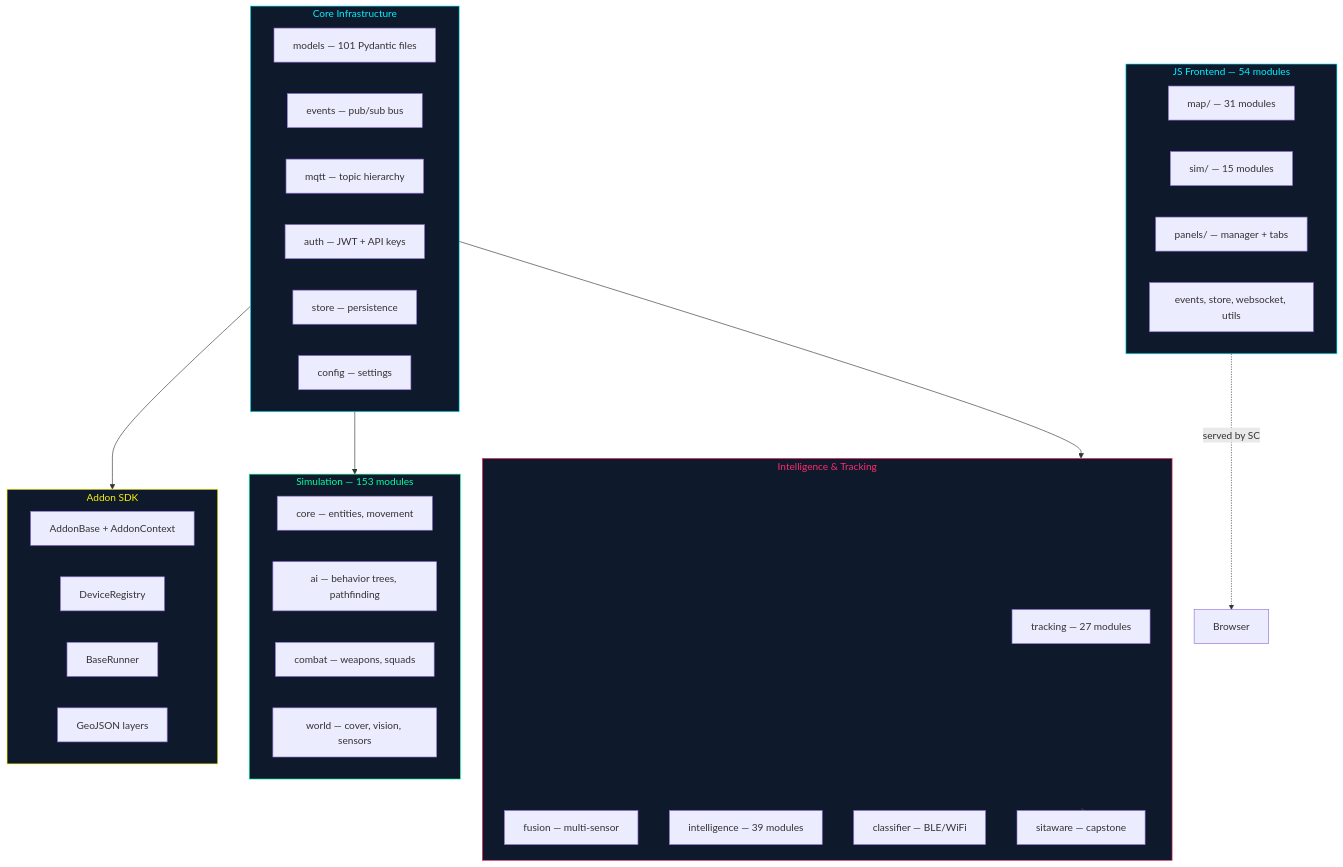
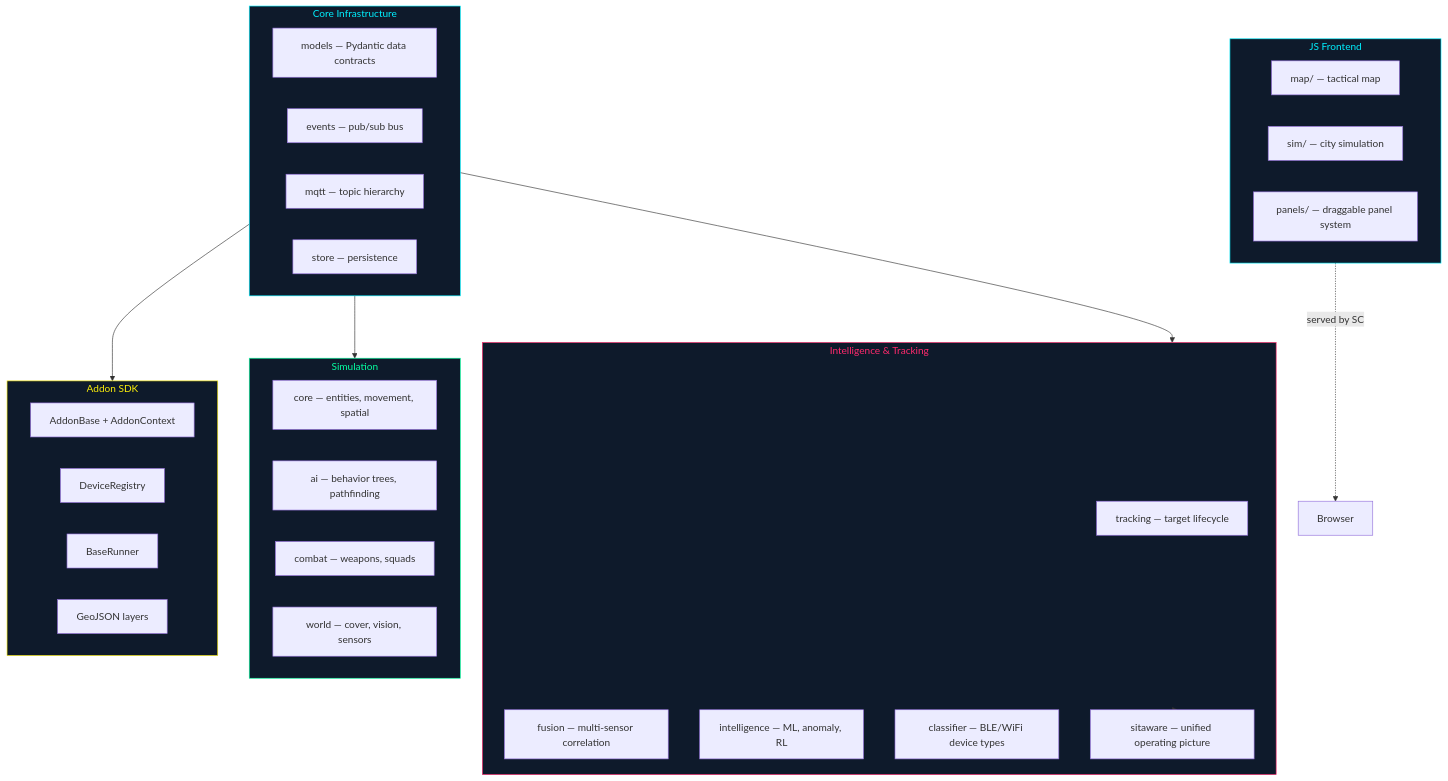
Before and after one commit to Valpatel/tritium-lib: the diagram in README.md, drawn with Mermaid. The commit also changed other lines of this file and 1 other file, not shown here.

````diff
--- a/README.md
+++ b/README.md
@@ -11,52 +11,49 @@
 ```mermaid
 graph TB
     subgraph Core["Core Infrastructure"]
-        models[models — 101 Pydantic files]
-        events[events — pub/sub bus]
-        mqtt[mqtt — topic hierarchy]
-        auth[auth — JWT + API keys]
-        store[store — persistence]
-        config[config — settings]
+        models["models — Pydantic data contracts"]
+        events["events — pub/sub bus"]
+        mqtt["mqtt — topic hierarchy"]
+        store["store — persistence"]
     end
 
     subgraph Intelligence["Intelligence & Tracking"]
-        tracking[tracking — 27 modules]
-        fusion[fusion — multi-sensor]
-        intelligence[intelligence — 39 modules]
-        classifier[classifier — BLE/WiFi]
-        sitaware[sitaware — capstone]
+        tracking["tracking — target lifecycle"]
+        fusion["fusion — multi-sensor correlation"]
+        intelligence["intelligence — ML, anomaly, RL"]
+        classifier["classifier — BLE/WiFi device types"]
+        sitaware["sitaware — unified operating picture"]
     end
 
-    subgraph SimEngine["Simulation — 153 modules"]
-        sim_core[core — entities, movement]
-        sim_ai[ai — behavior trees, pathfinding]
-        sim_combat[combat — weapons, squads]
-        sim_world[world — cover, vision, sensors]
+    subgraph SimEngine["Simulation"]
+        sim_core["core — entities, movement, spatial"]
+        sim_ai["ai — behavior trees, pathfinding"]
+        sim_combat["combat — weapons, squads"]
+        sim_world["world — cover, vision, sensors"]
     end
 
     subgraph SDK["Addon SDK"]
-        addon_base[AddonBase + AddonContext]
-        device_reg[DeviceRegistry]
-        base_runner[BaseRunner]
-        geo_layer[GeoJSON layers]
+        addon_base["AddonBase + AddonContext"]
+        device_reg["DeviceRegistry"]
+        base_runner["BaseRunner"]
+        geo_layer["GeoJSON layers"]
     end
 
-    subgraph WebJS["JS Frontend — 54 modules"]
-        map_js[map/ — 31 modules]
-        sim_js[sim/ — 15 modules]
-        panels_js[panels/ — manager + tabs]
-        ui_js[events, store, websocket, utils]
+    subgraph WebJS["JS Frontend"]
+        map_js["map/ — tactical map"]
+        sim_js["sim/ — city simulation"]
+        panels_js["panels/ — draggable panel system"]
     end
 
     Core --> Intelligence
     Core --> SimEngine
     Core --> SDK
     Intelligence --> sitaware
-    WebJS -.->|served by SC| browser[Browser]
+    WebJS -.->|"served by SC"| browser[Browser]
 
     style Core fill:#0e1a2b,stroke:#00f0ff,color:#00f0ff
     style Intelligence fill:#0e1a2b,stroke:#ff2a6d,color:#ff2a6d
     style SimEngine fill:#0e1a2b,stroke:#05ffa1,color:#05ffa1
     style SDK fill:#0e1a2b,stroke:#fcee0a,color:#fcee0a
     style WebJS fill:#0e1a2b,stroke:#00f0ff,color:#00f0ff
 ```
````
